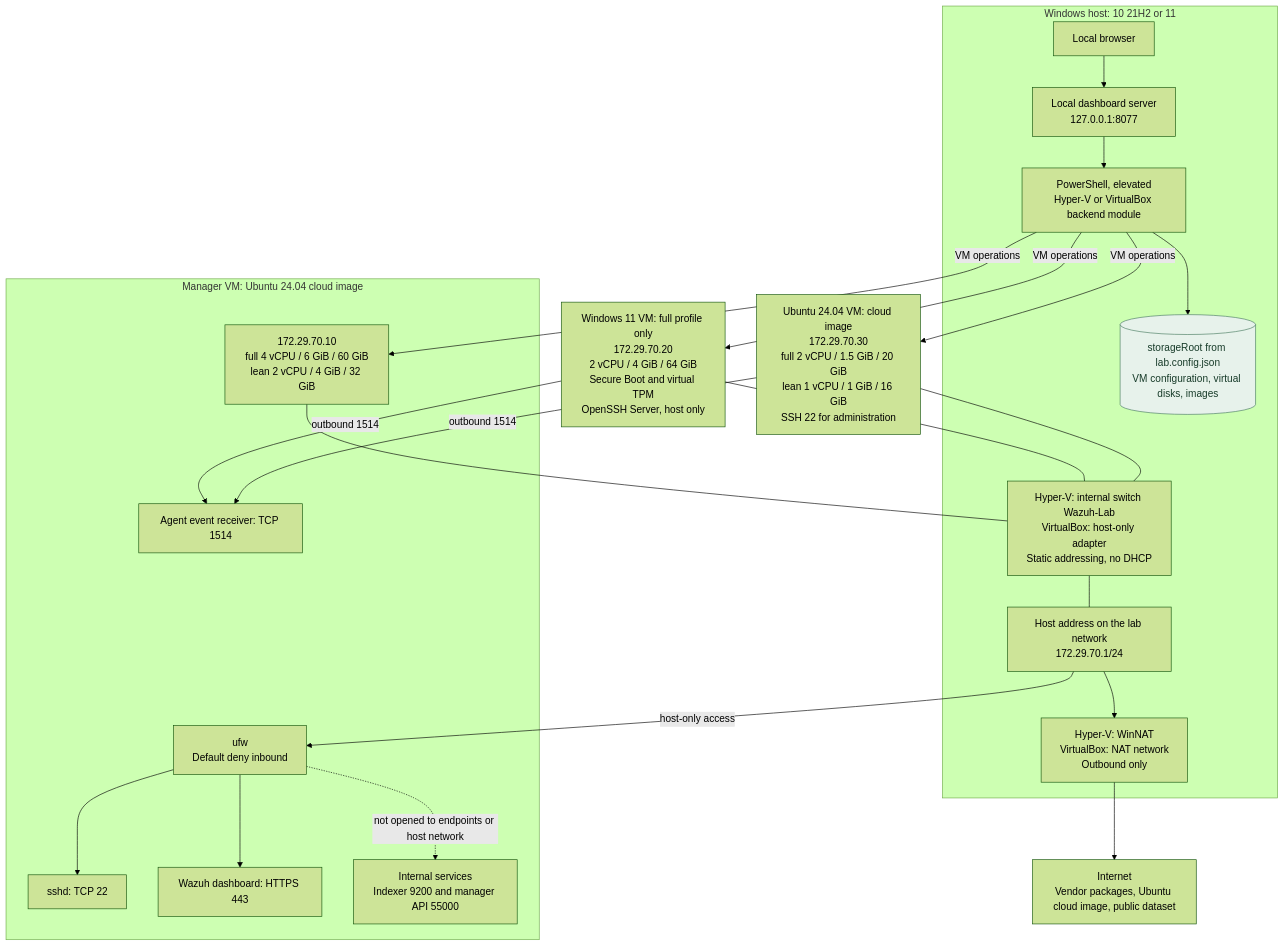
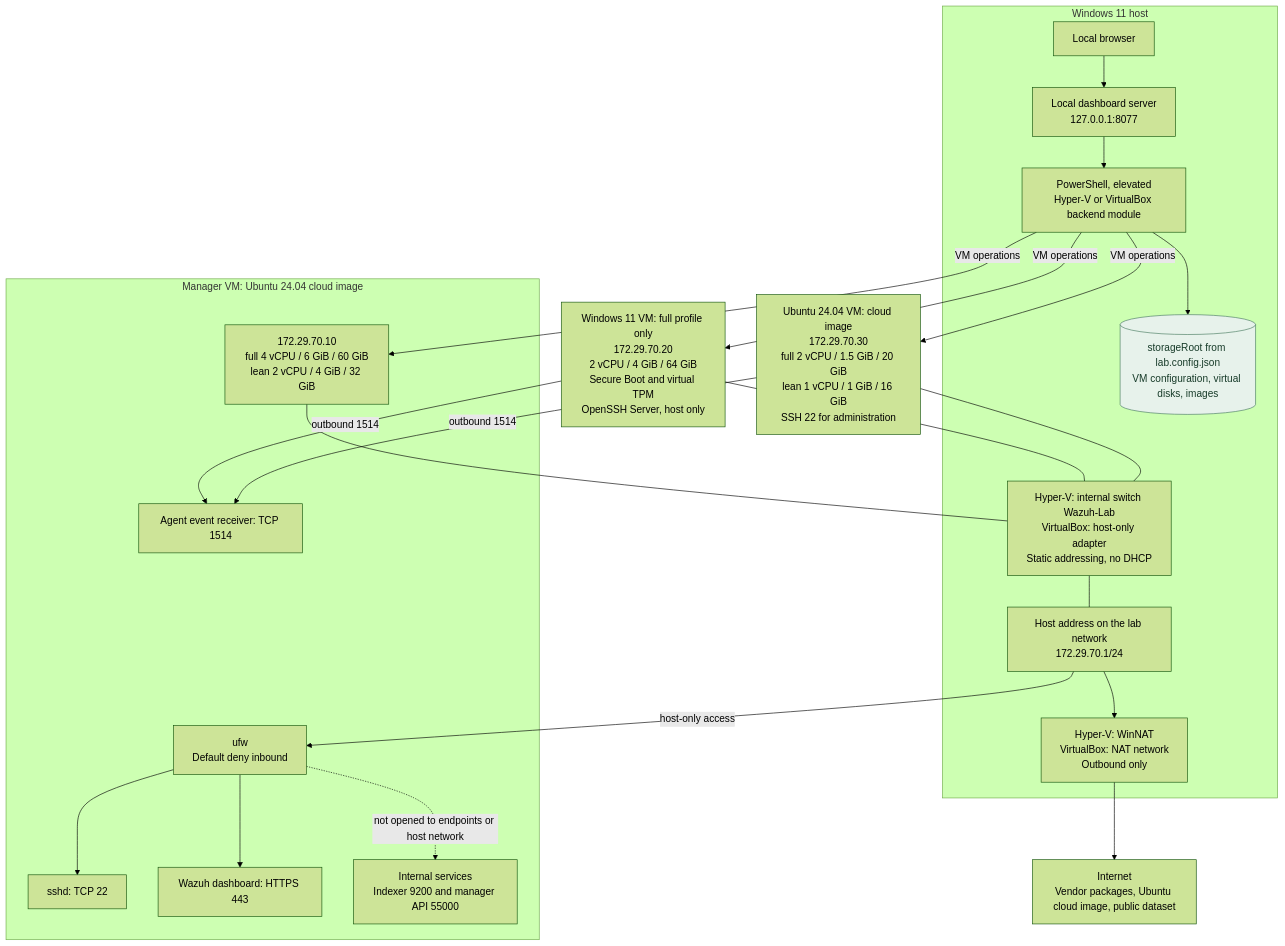
One commit to koustubs/wazuh-mitre-attack-lab changed the diagram in docs/architecture/02-deployment-networks-and-trust-boundaries.mmd. Above: the diagram before and after it, drawn with Mermaid (forest theme). The commit also changed 8 other files, not shown here.

First line of the commit message:
Trace every README figure to its source, and correct the ones without one

```diff
--- a/docs/architecture/02-deployment-networks-and-trust-boundaries.mmd
+++ b/docs/architecture/02-deployment-networks-and-trust-boundaries.mmd
@@ -1,39 +1,39 @@
 flowchart TB
     INTERNET["Internet<br/>Vendor packages, Ubuntu cloud image, public dataset"]
-    subgraph HOST["Windows host: 10 21H2 or 11"]
+    subgraph HOST["Windows 11 host"]
         BROWSER["Local browser"]
         HOSTAPI["Local dashboard server<br/>127.0.0.1:8077"]
         ADMIN["PowerShell, elevated<br/>Hyper-V or VirtualBox backend module"]
         DISKS[("storageRoot from lab.config.json<br/>VM configuration, virtual disks, images")]
         GW["Host address on the lab network<br/>172.29.70.1/24"]
         NAT["Hyper-V: WinNAT<br/>VirtualBox: NAT network<br/>Outbound only"]
         SW["Hyper-V: internal switch Wazuh-Lab<br/>VirtualBox: host-only adapter<br/>Static addressing, no DHCP"]
     end
     subgraph MVM["Manager VM: Ubuntu 24.04 cloud image"]
         FW["ufw<br/>Default deny inbound"]
         MS["172.29.70.10<br/>full 4 vCPU / 6 GiB / 60 GiB<br/>lean 2 vCPU / 4 GiB / 32 GiB"]
         SSH["sshd: TCP 22"]
         WEB["Wazuh dashboard: HTTPS 443"]
         EVENTS["Agent event receiver: TCP 1514"]
         LOCAL["Internal services<br/>Indexer 9200 and manager API 55000"]
     end
     WVM["Windows 11 VM: full profile only<br/>172.29.70.20<br/>2 vCPU / 4 GiB / 64 GiB<br/>Secure Boot and virtual TPM<br/>OpenSSH Server, host only"]
     LVM["Ubuntu 24.04 VM: cloud image<br/>172.29.70.30<br/>full 2 vCPU / 1.5 GiB / 20 GiB<br/>lean 1 vCPU / 1 GiB / 16 GiB<br/>SSH 22 for administration"]
     BROWSER --> HOSTAPI
     HOSTAPI --> ADMIN
     ADMIN -->|VM operations| MS
     ADMIN -->|VM operations| WVM
     ADMIN -->|VM operations| LVM
     ADMIN --> DISKS
     SW --- GW --> NAT --> INTERNET
     MS --- SW
     WVM --- SW
     LVM --- SW
     GW -->|host-only access| FW
     FW --> SSH
     FW --> WEB
     WVM -->|outbound 1514| EVENTS
     LVM -->|outbound 1514| EVENTS
     FW -.->|not opened to endpoints or host network| LOCAL
     classDef store fill:#e7f2eb,stroke:#487b60,color:#173b29
     class DISKS store
```
